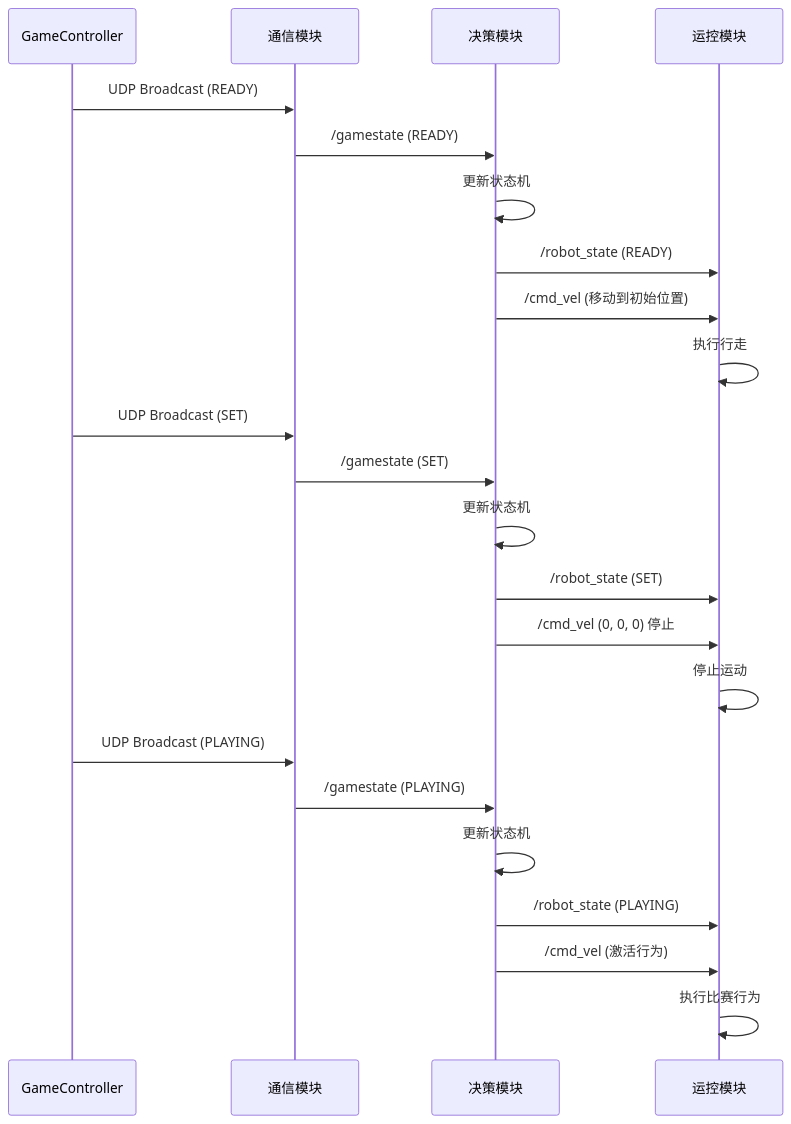
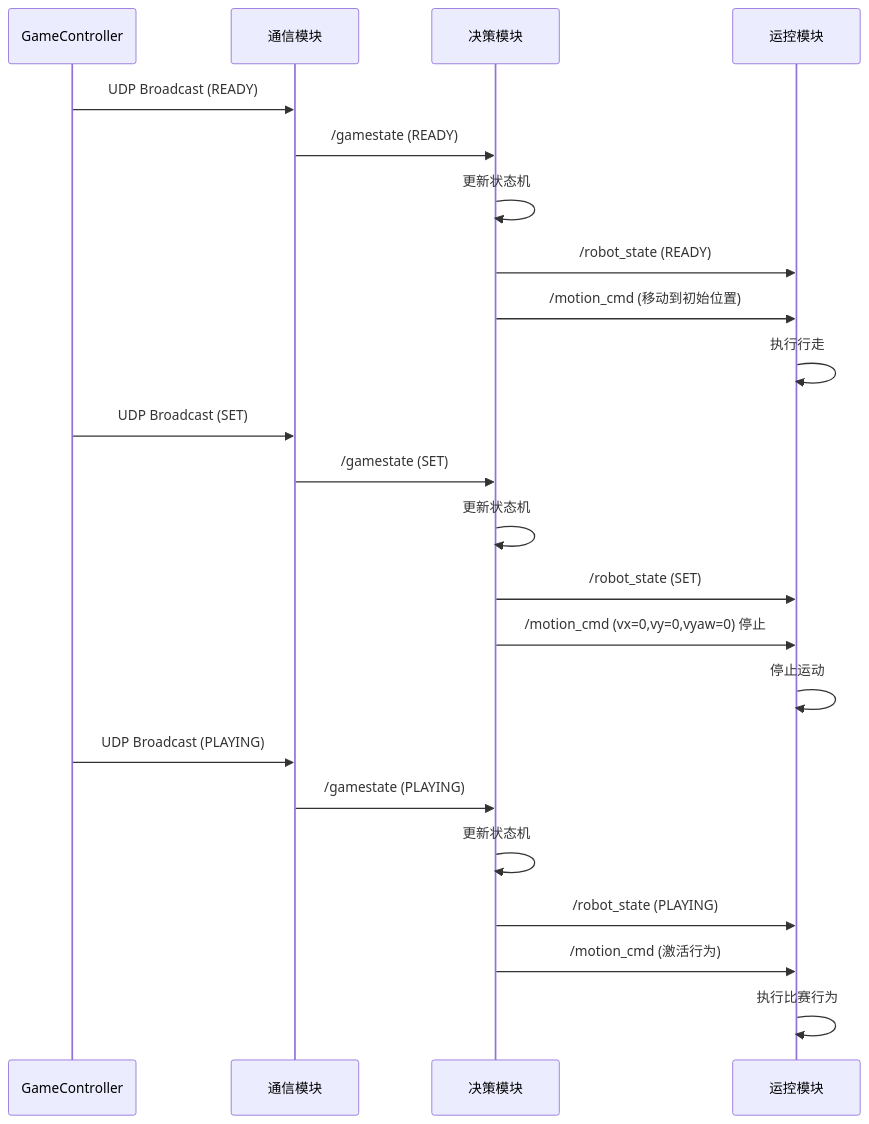
One commit to HNU-BigHeroX/BigHeroX-msg changed the second of 4 diagrams in design.md. Above: the diagram before and after it, drawn with Mermaid. The commit also changed other lines of this file and 20 other files, not shown here.

````diff
--- a/design.md
+++ b/design.md
@@ -532,28 +554,28 @@
 ```mermaid
 sequenceDiagram
     participant GC as GameController
     participant CM as 通信模块
     participant DM as 决策模块
     participant MM as 运控模块
     
     GC->>CM: UDP Broadcast (READY)
     CM->>DM: /gamestate (READY)
     DM->>DM: 更新状态机
     DM->>MM: /robot_state (READY)
-    DM->>MM: /cmd_vel (移动到初始位置)
+    DM->>MM: /motion_cmd (移动到初始位置)
     MM->>MM: 执行行走
     
     GC->>CM: UDP Broadcast (SET)
     CM->>DM: /gamestate (SET)
     DM->>DM: 更新状态机
     DM->>MM: /robot_state (SET)
-    DM->>MM: /cmd_vel (0, 0, 0) 停止
+    DM->>MM: /motion_cmd (vx=0,vy=0,vyaw=0) 停止
     MM->>MM: 停止运动
     
     GC->>CM: UDP Broadcast (PLAYING)
     CM->>DM: /gamestate (PLAYING)
     DM->>DM: 更新状态机
     DM->>MM: /robot_state (PLAYING)
-    DM->>MM: /cmd_vel (激活行为)
+    DM->>MM: /motion_cmd (激活行为)
     MM->>MM: 执行比赛行为
 ```
````
